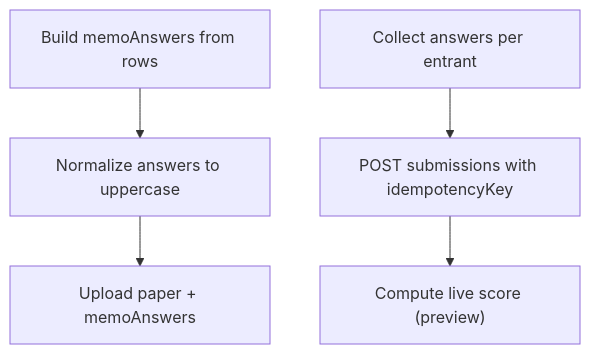
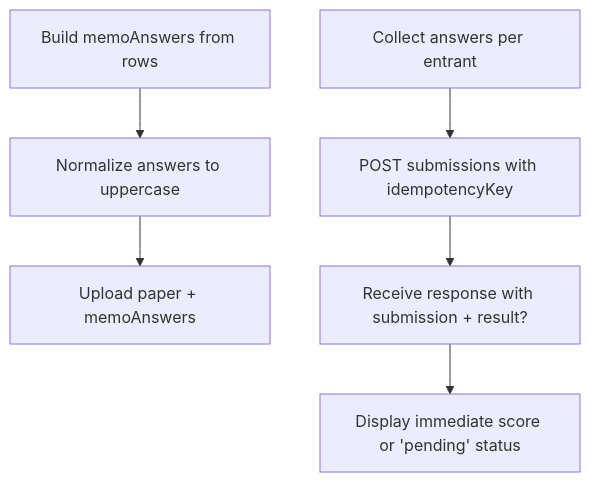
Before and after one commit to ZandileMkontwana/olympiad-portal: the seventh of 8 diagrams in .qoder/repowiki/en/content/Results & Scoring/Automated Scoring Engine.md, drawn with Mermaid. The commit also changed other lines of this file and 43 other files, not shown here.

````diff
--- a/.qoder/repowiki/en/content/Results & Scoring/Automated Scoring Engine.md
+++ b/.qoder/repowiki/en/content/Results & Scoring/Automated Scoring Engine.md
@@ -242,7 +285,8 @@
 ```mermaid
 flowchart TD
 Build["Build memoAnswers from rows"] --> Normalize["Normalize answers to uppercase"]
 Normalize --> Upload["Upload paper + memoAnswers"]
 Bulk["Collect answers per entrant"] --> Submit["POST submissions with idempotencyKey"]
-Submit --> Preview["Compute live score (preview)"]
+Submit --> Receive["Receive response with submission + result?"]
+Receive --> Display["Display immediate score or 'pending' status"]
 ```
````
